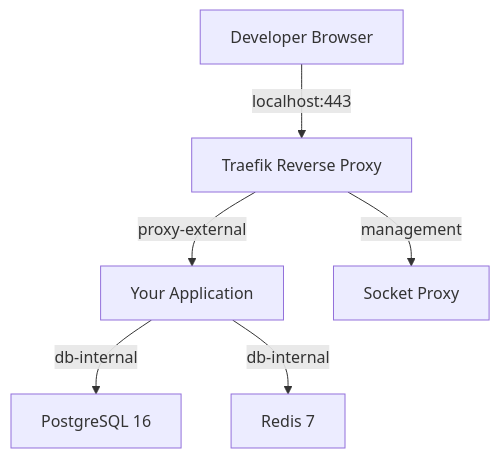
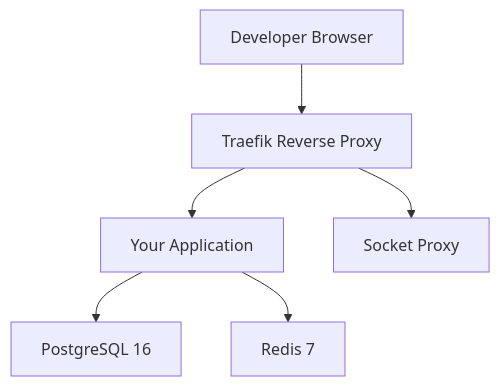
Before and after one commit to peermesh/docker-lab-docs: the third of 5 diagrams in docs/use-cases.md, drawn with Mermaid. The commit also changed other lines of this file and 13 other files, not shown here.

First line of the commit message:
fix: improve diagram legibility and icon rendering

````diff
--- a/docs/use-cases.md
+++ b/docs/use-cases.md
@@ -228,15 +228,15 @@
 ```mermaid
 flowchart TB
     Developer["Developer Browser"]
     Traefik["Traefik Reverse Proxy"]
     App["Your Application"]
     PostgreSQL["PostgreSQL 16"]
     Redis["Redis 7"]
     SocketProxy["Socket Proxy"]
 
-    Developer -->|"localhost:443"| Traefik
-    Traefik -->|"proxy-external"| App
-    App -->|"db-internal"| PostgreSQL
-    App -->|"db-internal"| Redis
-    Traefik -->|"management"| SocketProxy
+    Developer --> Traefik
+    Traefik --> App
+    App --> PostgreSQL
+    App --> Redis
+    Traefik --> SocketProxy
 ```
````
